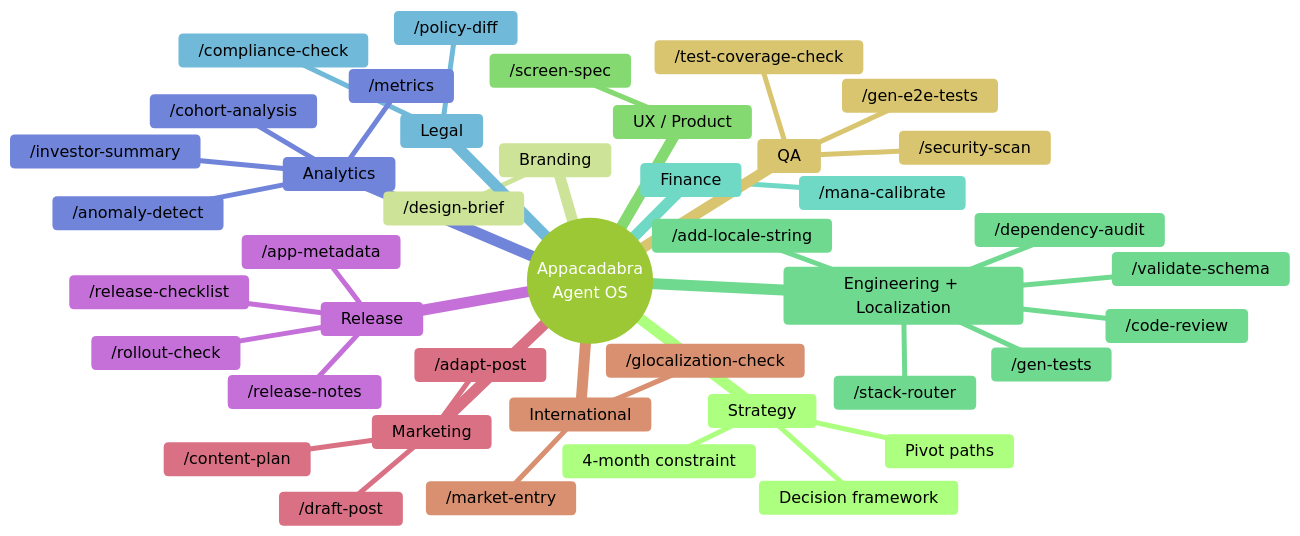
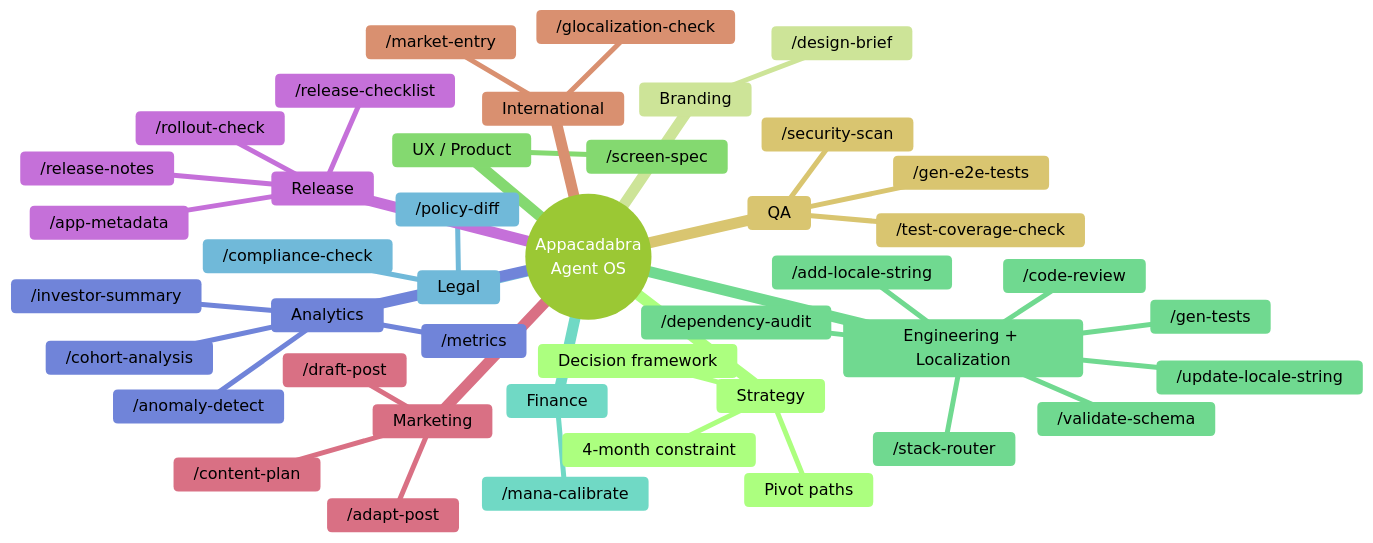
One commit to dmvieira/appacadabra changed the first of 2 diagrams in docs/blog/blog_expanded_conclusion.md. Above: the diagram before and after it, drawn with Mermaid (forest theme). The commit also changed other lines of this file and 3 other files, not shown here.

First line of the commit message:
docs(blog): finalize conclusion with Agent OS mindmap, flowchart and /update-locale-string

````diff
--- a/docs/blog/blog_expanded_conclusion.md
+++ b/docs/blog/blog_expanded_conclusion.md
@@ -35,45 +35,46 @@
 ```mermaid
 mindmap
   root((Appacadabra<br/>Agent OS))
     Strategy
       4-month constraint
       Decision framework
       Pivot paths
     Branding
       /design-brief
     UX / Product
       /screen-spec
     Engineering + Localization
       /code-review
       /gen-tests
       /validate-schema
       /dependency-audit
       /stack-router
       /add-locale-string
+      /update-locale-string
     Finance
       /mana-calibrate
     Legal
       /compliance-check
       /policy-diff
     Analytics
       /metrics
       /anomaly-detect
       /cohort-analysis
       /investor-summary
     Release
       /release-notes
       /release-checklist
       /app-metadata
       /rollout-check
     Marketing
       /draft-post
       /content-plan
       /adapt-post
     International
       /market-entry
       /glocalization-check
     QA
       /test-coverage-check
       /gen-e2e-tests
       /security-scan
 ```
````
